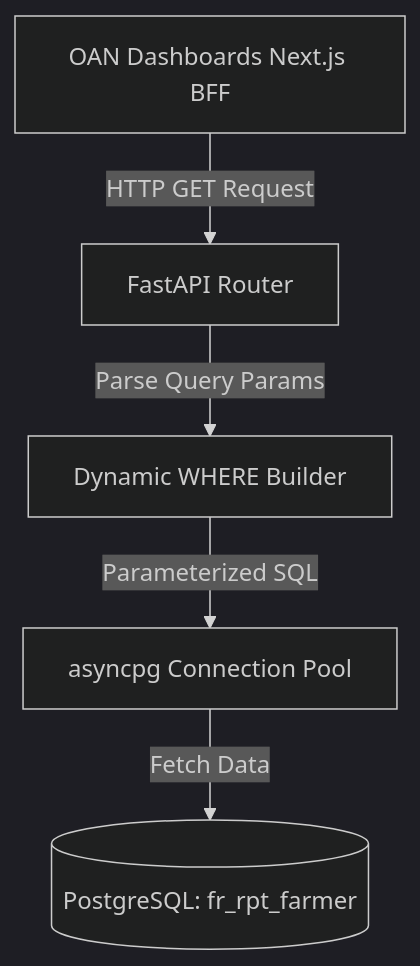
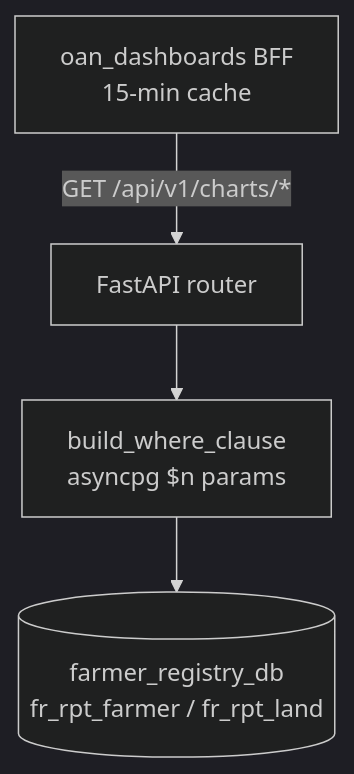
One commit to Centre-for-Open-Societal-Systems/farmer-registry-dashboard-api changed the diagram in README.md. Above: the diagram before and after it, drawn with Mermaid (dark theme). The commit also changed other lines of this file and 1 other file, not shown here.

````diff
--- a/README.md
+++ b/README.md
@@ -9,7 +10,6 @@
 ```mermaid
 flowchart TD
-    NextJS[OAN Dashboards Next.js BFF] -->|HTTP GET Request| Router[FastAPI Router]
-    Router -->|Parse Query Params| WhereClause[Dynamic WHERE Builder]
-    WhereClause -->|Parameterized SQL| Asyncpg[asyncpg Connection Pool]
-    Asyncpg -->|Fetch Data| PG[(PostgreSQL: fr_rpt_farmer)]
+    BFF[oan_dashboards BFF<br/>15-min cache] -->|GET /api/v1/charts/*| Router[FastAPI router]
+    Router --> Where[build_where_clause<br/>asyncpg $n params]
+    Where --> PG[(farmer_registry_db<br/>fr_rpt_farmer / fr_rpt_land)]
 ```
````
